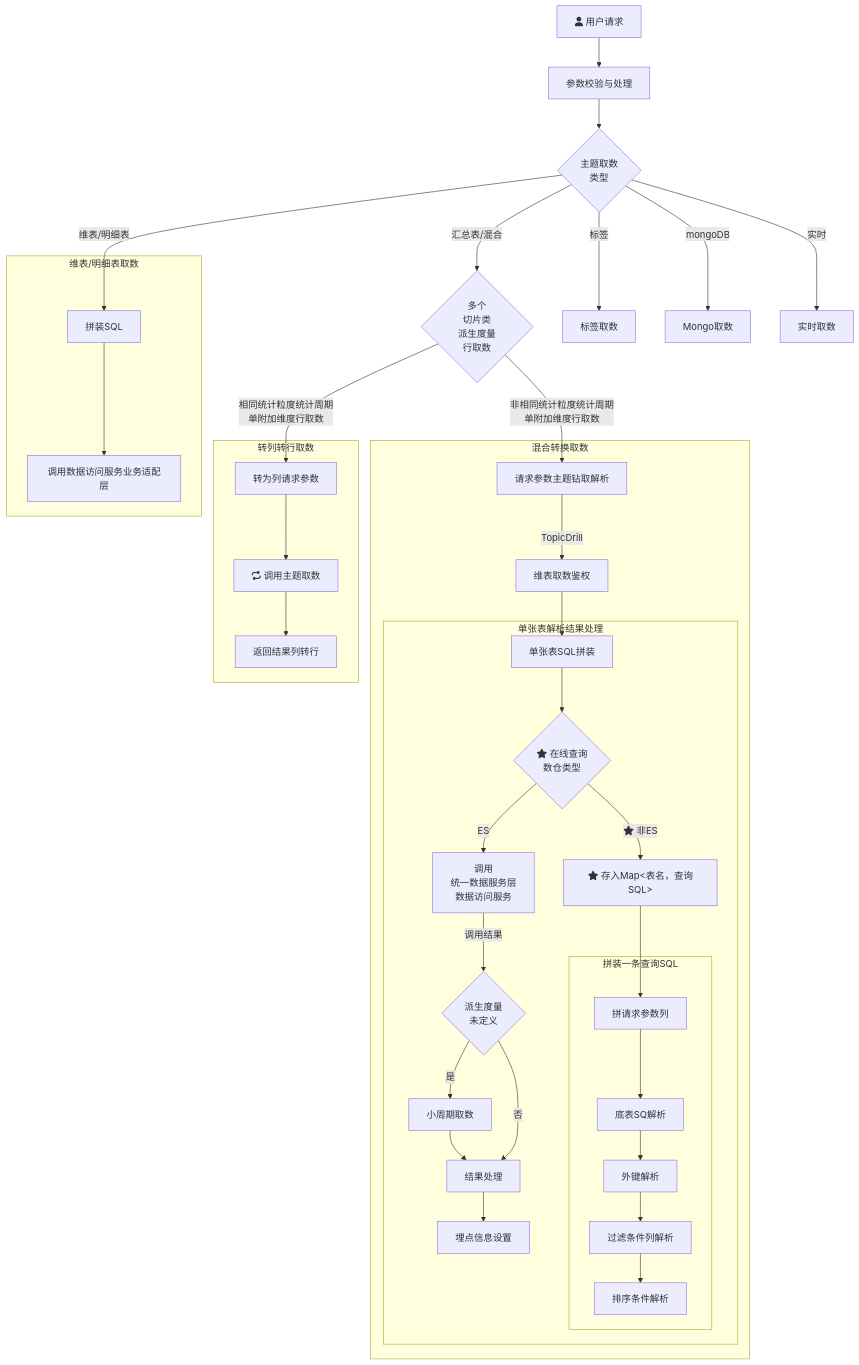
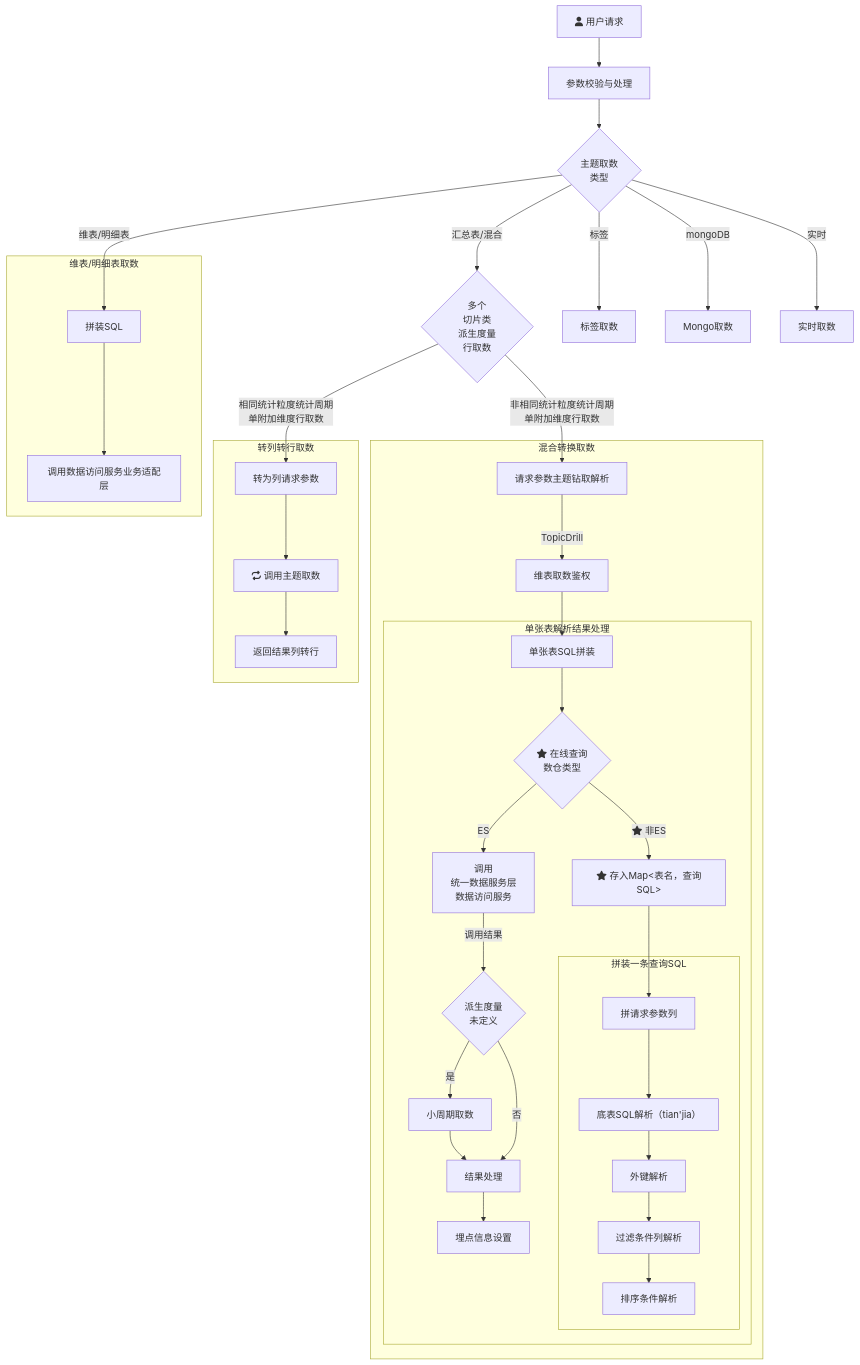
The diagram in all/未命名.md (yanglosm/iodraw-files), drawn with Mermaid before and after one commit.

Commit message:
2024-11-29 19:37:16 update

````diff
--- a/all/未命名.md
+++ b/all/未命名.md
@@ -1,30 +1,30 @@
 ```mermaid
 flowchart TD
     A[fa:fa-user 用户请求] -->A1[参数校验与处理] --> B{主题取数\n类型}
     B -->|维表/明细表| D[拼装SQL]
     B -->|汇总表/混合| E{多个\n切片类\n派生度量\n行取数}
     B -->|标签| F[标签取数]
     B -->|mongoDB| G[Mongo取数]
     B -->|实时| H[实时取数]
     E -->|相同统计粒度统计周期\n单附加维度行取数| E1[转为列请求参数]
     E -->|非相同统计粒度统计周期\n单附加维度行取数| T1[请求参数主题钻取解析]
     subgraph 维表/明细表取数
     D-->D1[调用数据访问服务业务适配层]
     end
     subgraph 转列转行取数
     E1-->E11[fa:fa-repeat 调用主题取数]-->E12[返回结果列转行]
     end
     subgraph 混合转换取数
     T1-->|TopicDrill| T2[维表取数鉴权] --> T31[单张表SQL拼装]
         subgraph 单张表解析结果处理
         T31 --> T4{fa:fa-star 在线查询\n数仓类型}-->|ES|T32[调用\n统一数据服务层\n数据访问服务] --> |调用结果|T33{派生度量\n未定义}
         T33 --> |是|T33_1[小周期取数]-->T34[结果处理]-->T35[埋点信息设置]
         T33 --> |否|T34
         T4 --> |fa:fa-star 非ES|T41["fa:fa-star 存入Map<表名，查询SQL>"]
         T41 --> T42[拼请求参数列]
             subgraph 拼装一条查询SQL
-            T42 --> M1[底表SQ解析] --> M2[外键解析] --> 过滤条件列解析 --> 排序条件解析
+            T42 --> M1[底表SQL解析（tian'jia）] --> M2[外键解析] --> 过滤条件列解析 --> 排序条件解析
             end
         end
     end
 ```
````
